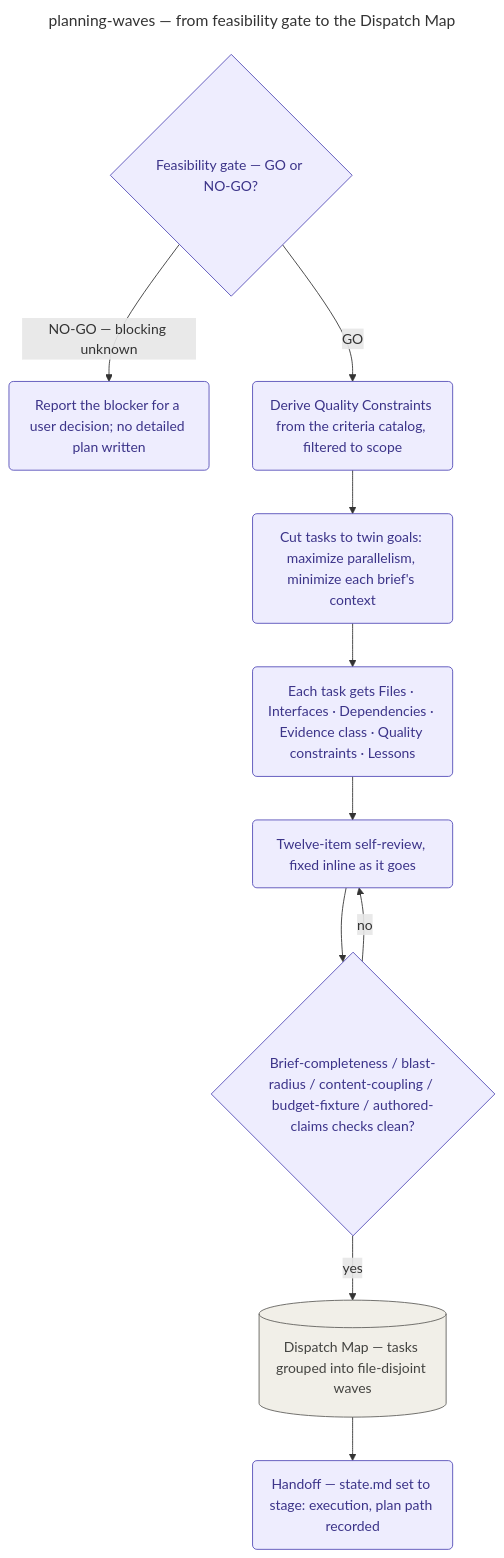
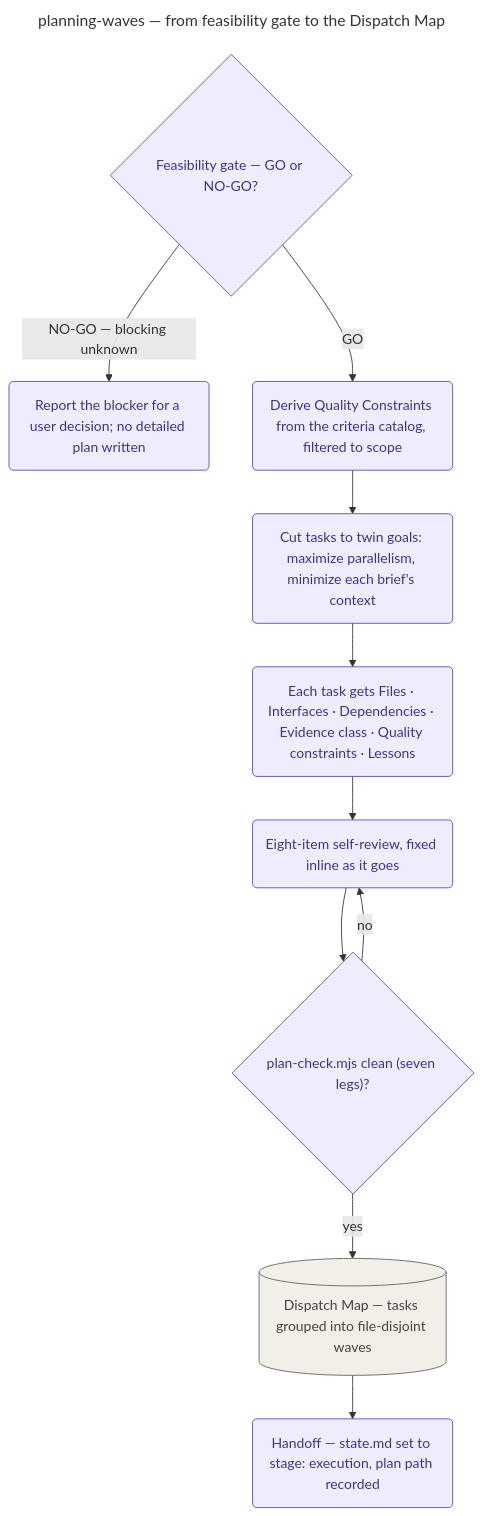
The diagram in docs/playbooks/planning-waves/README.md (KonstantinRoehrl/devcycle), drawn with Mermaid before and after one commit. The commit also changed other lines of this file and 8 other files, not shown here.

First line of the commit message:
feat(plan-gates): run planning's plan gate as one fail-closed plan-check.mjs over seven legs

````diff
--- a/docs/playbooks/planning-waves/README.md
+++ b/docs/playbooks/planning-waves/README.md
@@ -64,21 +62,21 @@
 ```mermaid
 ---
 title: planning-waves — from feasibility gate to the Dispatch Map
-accDescr: Playbook-internal flowchart of the planning stage, from the feasibility gate's GO/NO-GO verdict through quality-constraint derivation, task cutting to the twin goals of parallelism and minimal context, the twelve-item self-review gate, the Dispatch Map, and the handoff to execution.
+accDescr: Playbook-internal flowchart of the planning stage, from the feasibility gate's GO/NO-GO verdict through quality-constraint derivation, task cutting to the twin goals of parallelism and minimal context, the eight-item self-review gate, the Dispatch Map, and the handoff to execution.
 ---
 flowchart TD
     FEAS{"Feasibility gate — GO or NO-GO?"}:::stage
     FEAS -->|"NO-GO — blocking unknown"| REPORT("Report the blocker for a user decision; no detailed plan written"):::stage
     FEAS -->|GO| QC("Derive Quality Constraints from the criteria catalog, filtered to scope"):::stage
     QC --> CUT("Cut tasks to twin goals: maximize parallelism, minimize each brief's context"):::stage
     CUT --> TASK("Each task gets Files · Interfaces · Dependencies · Evidence class · Quality constraints · Lessons"):::stage
-    TASK --> SELFREVIEW("Twelve-item self-review, fixed inline as it goes"):::stage
-    SELFREVIEW --> GATE{"Brief-completeness / blast-radius / content-coupling / budget-fixture / authored-claims checks clean?"}:::stage
+    TASK --> SELFREVIEW("Eight-item self-review, fixed inline as it goes"):::stage
+    SELFREVIEW --> GATE{"plan-check.mjs clean (seven legs)?"}:::stage
     GATE -->|no| SELFREVIEW
     GATE -->|yes| MAP[("Dispatch Map — tasks grouped into file-disjoint waves")]:::structural
     MAP --> HANDOFF("Handoff — state.md set to stage: execution, plan path recorded"):::stage
 
     classDef stage fill:#EEEDFE,stroke:#534AB7,color:#3C3489;
     classDef tool fill:#E1F5EE,stroke:#0F6E56,color:#085041,stroke-dasharray:5 5;
     classDef structural fill:#F1EFE8,stroke:#5F5E5A,color:#444441;
 ```
````
